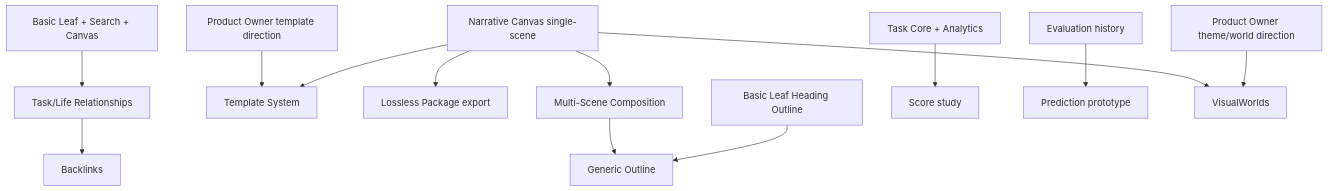
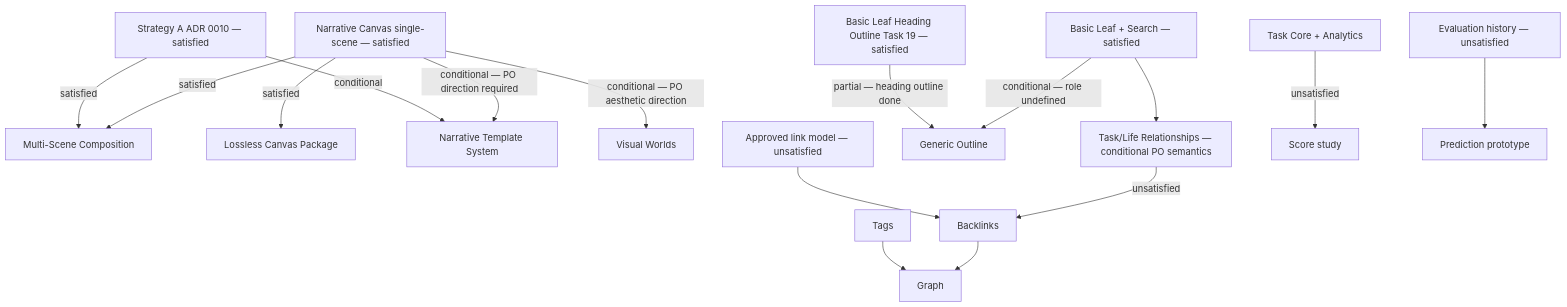
The diagram in specs/013-post-narrative-expansion-decision/spec.md (kieran-lucas/lifeweave-desktop), drawn with Mermaid before and after one commit. The commit also changed other lines of this file and 13 other files, not shown here.

Commit message:
rerun post-narrative expansion model

````diff
--- a/specs/013-post-narrative-expansion-decision/spec.md
+++ b/specs/013-post-narrative-expansion-decision/spec.md
@@ -193,20 +347,31 @@
 ```mermaid
 flowchart TD
-    NarrativeCanvas[Narrative Canvas single-scene] --> MultiScene[Multi-Scene Composition]
-    NarrativeCanvas --> TemplateSystem[Template System]
-    NarrativeCanvas --> LosslessPackage[Lossless Package export]
+    Canvas[Narrative Canvas single-scene — satisfied]
+    StrategyA[Strategy A ADR 0010 — satisfied]
+    BasicLeaf[Basic Leaf + Search — satisfied]
+    Outline19[Basic Leaf Heading Outline Task 19 — satisfied]
 
-    BasicLeaf[Basic Leaf + Search + Canvas] --> TaskLifeRel[Task/Life Relationships]
-    TaskLifeRel --> Backlinks
+    Canvas -->|satisfied| MultiScene[Multi-Scene Composition]
+    StrategyA -->|satisfied| MultiScene
 
-    BasicLeafOutline[Basic Leaf Heading Outline] --> GenericOutline[Generic Outline]
-    MultiScene --> GenericOutline
+    Canvas -->|satisfied| LosslessPackage[Lossless Canvas Package]
 
-    TaskCore[Task Core + Analytics] --> ScoreStudy[Score study]
-    EvaluationHistory[Evaluation history] --> PredictionPrototype[Prediction prototype]
+    Canvas -->|conditional — PO direction required| TemplateSystem[Narrative Template System]
+    StrategyA -->|conditional| TemplateSystem
 
-    ProductOwnerTheme[Product Owner theme/world direction] --> VisualWorlds
-    NarrativeCanvas --> VisualWorlds
+    Canvas -->|conditional — PO aesthetic direction| VisualWorlds[Visual Worlds]
 
-    ProductOwnerTemplates[Product Owner template direction] --> TemplateSystem
+    BasicLeaf --> TaskLifeRel[Task/Life Relationships — conditional PO semantics]
+
+    BasicLeaf -->|conditional — role undefined| GenericOutline[Generic Outline]
+    Outline19 -->|partial — heading outline done| GenericOutline
+
+    TaskLifeRel -->|unsatisfied| Backlinks
+
+    InternalLinks[Approved link model — unsatisfied] --> Backlinks
+    Backlinks --> Graph
+    Tags --> Graph
+
+    TaskCore[Task Core + Analytics] -->|unsatisfied| ScoreStudy[Score study]
+    EvalHistory[Evaluation history — unsatisfied] --> PredictionStudy[Prediction prototype]
 ```
````
